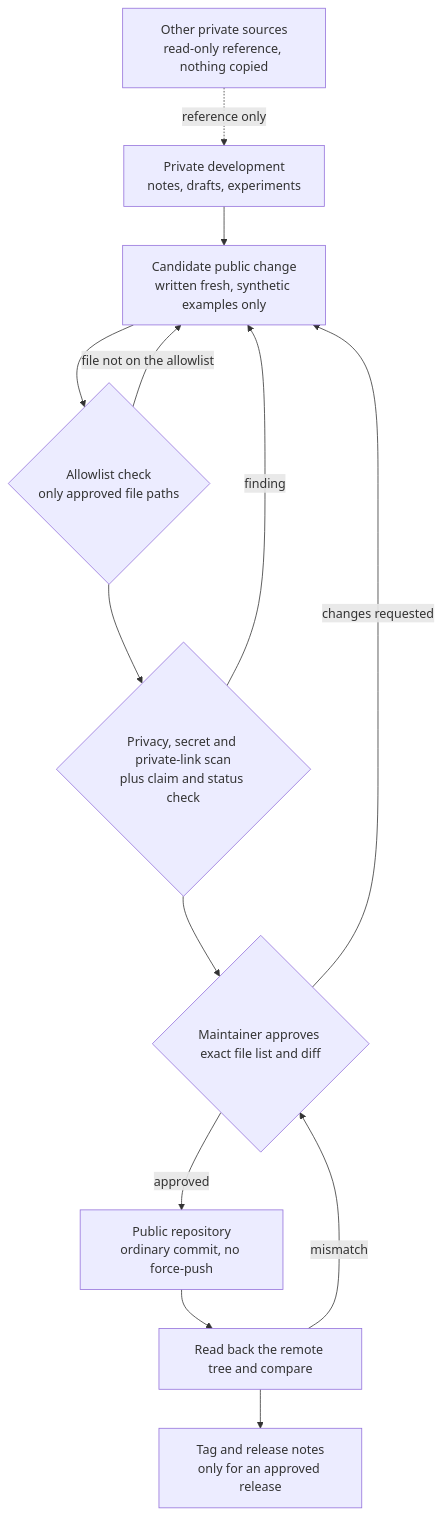
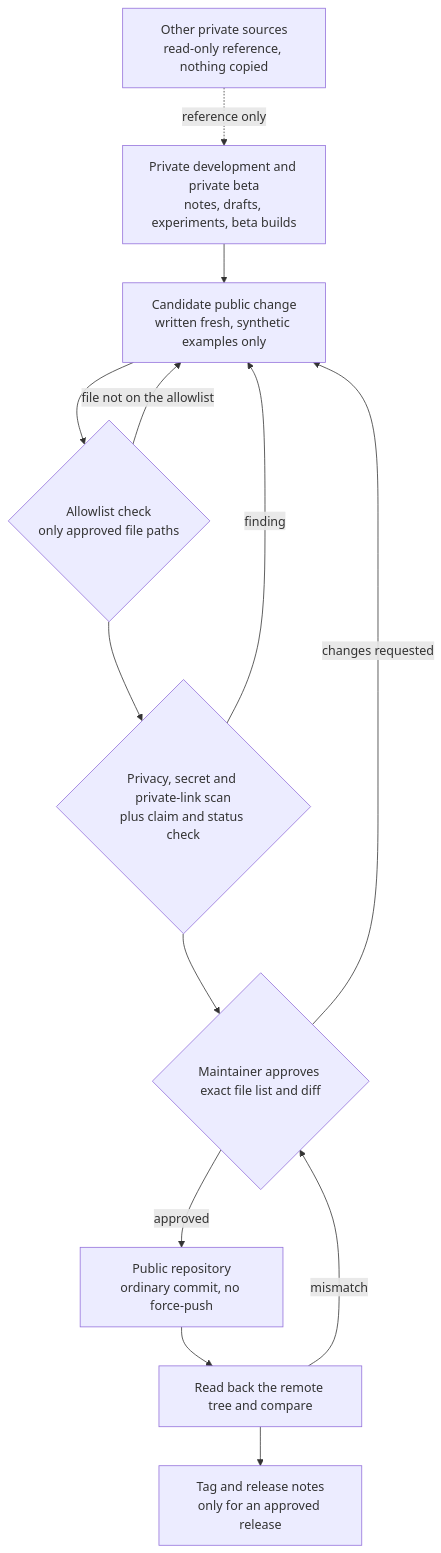
Before and after one commit to jparker2006/OpenFleet: the fourth of 5 diagrams in docs/architecture.md, drawn with Mermaid. The commit also changed other lines of this file and 13 other files, not shown here.

````diff
--- a/docs/architecture.md
+++ b/docs/architecture.md
@@ -183,25 +188,25 @@
 ```mermaid
 flowchart TD
   SRC["Other private sources<br/>read-only reference, nothing copied"]
-  DEV["Private development<br/>notes, drafts, experiments"]
+  DEV["Private development and private beta<br/>notes, drafts, experiments, beta builds"]
   CAND["Candidate public change<br/>written fresh, synthetic examples only"]
   ALLOW{"Allowlist check<br/>only approved file paths"}
   SCAN{"Privacy, secret and private-link scan<br/>plus claim and status check"}
   MAINT{"Maintainer approves exact file list and diff"}
   PUB["Public repository<br/>ordinary commit, no force-push"]
   VERIFY["Read back the remote tree and compare"]
   TAG["Tag and release notes<br/>only for an approved release"]
 
   SRC -.->|"reference only"| DEV
   DEV --> CAND
   CAND --> ALLOW
   ALLOW -->|"file not on the allowlist"| CAND
   ALLOW --> SCAN
   SCAN -->|"finding"| CAND
   SCAN --> MAINT
   MAINT -->|"changes requested"| CAND
   MAINT -->|"approved"| PUB
   PUB --> VERIFY
   VERIFY -->|"mismatch"| MAINT
   VERIFY --> TAG
 ```
````
